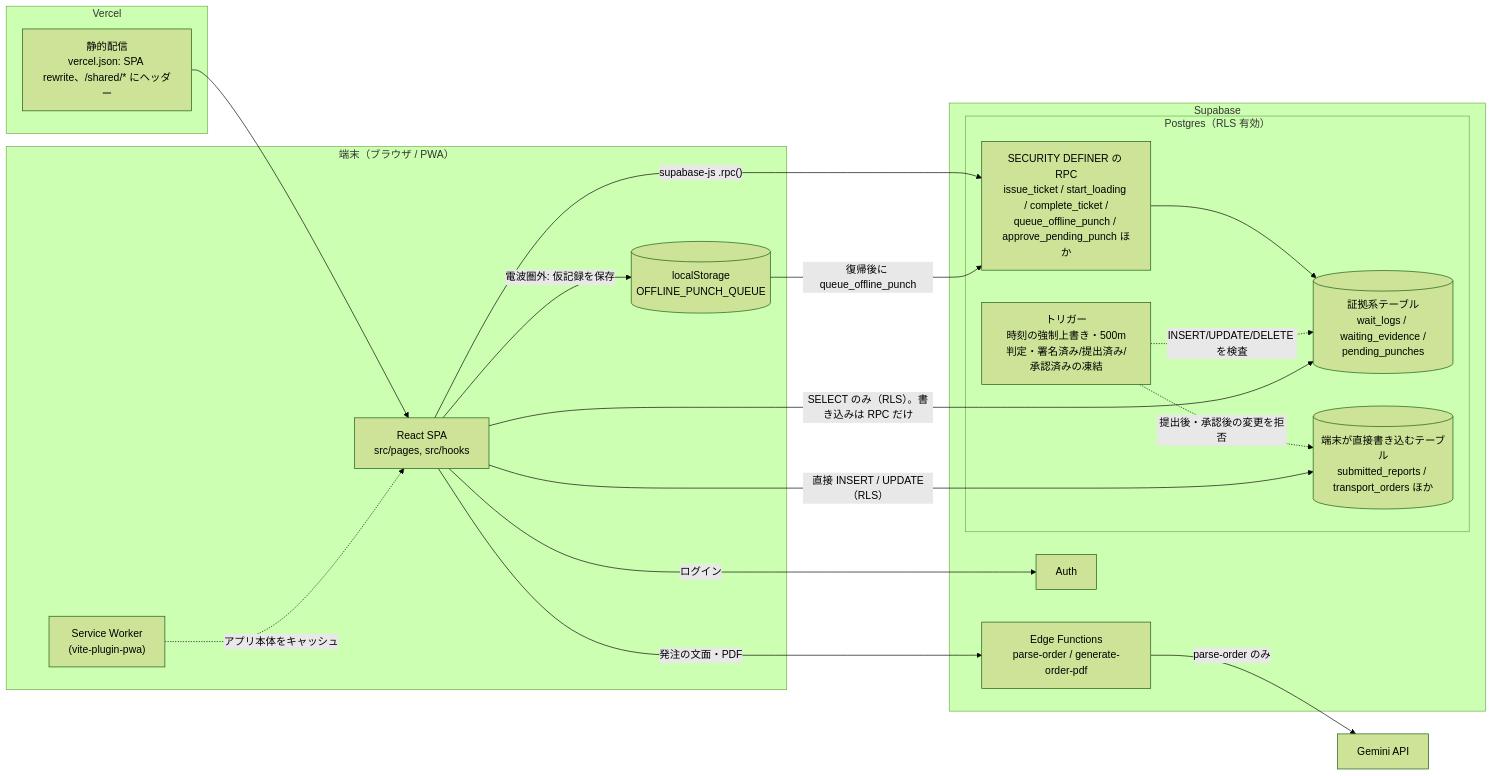
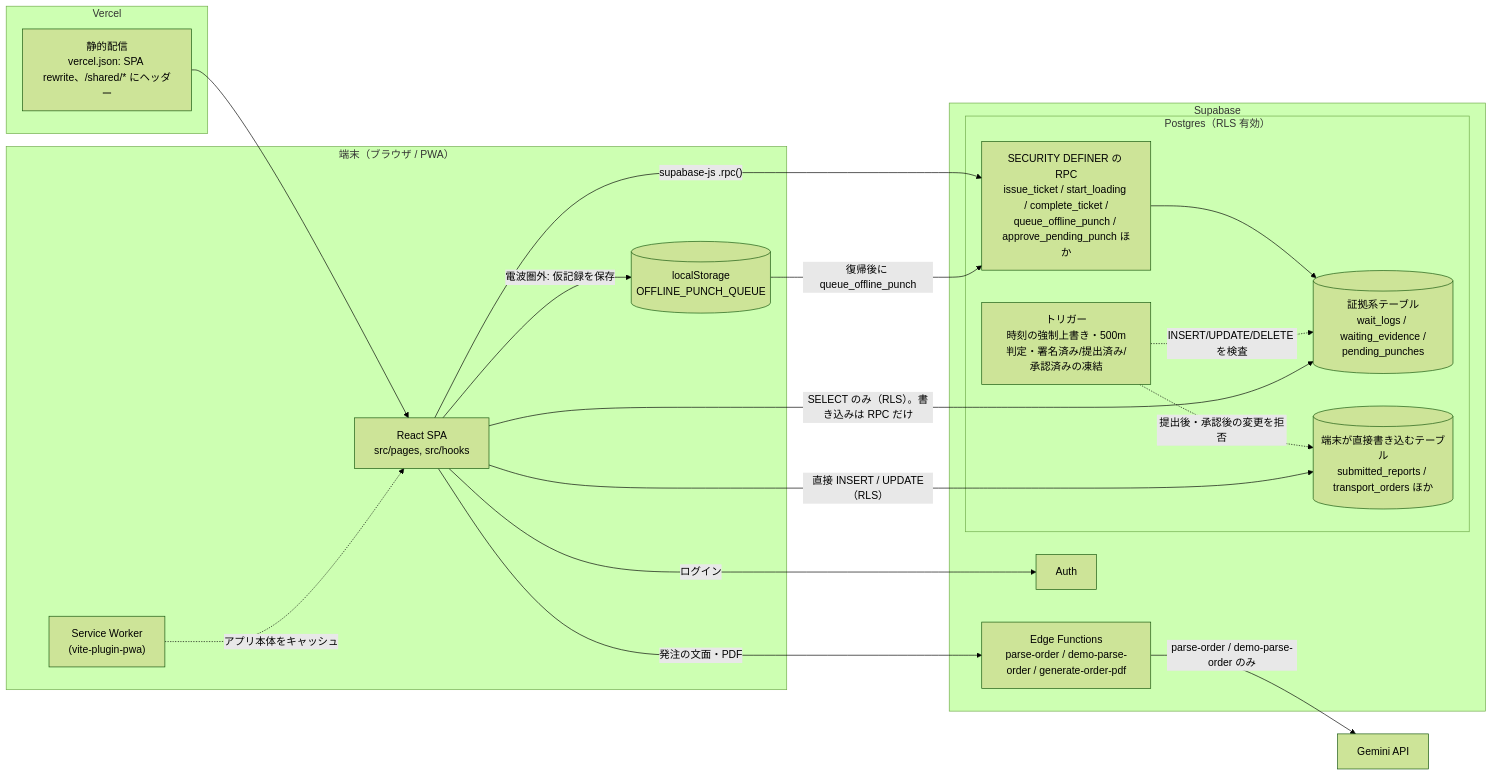
One commit to ryoumatsuda0809-cloud/logi-comp changed the first of 2 diagrams in shugoshin-logbook/README.md. Above: the diagram before and after it, drawn with Mermaid (forest theme). The commit also changed other lines of this file and 1 other file, not shown here.

Commit message:
Fix stale wording: demo free-text parsing now calls real Gemini via demo-parse-order

````diff
--- a/shugoshin-logbook/README.md
+++ b/shugoshin-logbook/README.md
@@ -36,39 +36,39 @@
 ```mermaid
 flowchart LR
   subgraph Client["端末（ブラウザ / PWA）"]
     UI["React SPA<br/>src/pages, src/hooks"]
     Q[("localStorage<br/>OFFLINE_PUNCH_QUEUE")]
     SW["Service Worker<br/>(vite-plugin-pwa)"]
   end
 
   subgraph Vercel["Vercel"]
     Static["静的配信<br/>vercel.json: SPA rewrite、/shared/* にヘッダー"]
   end
 
   subgraph Supabase["Supabase"]
     Auth["Auth"]
     subgraph PG["Postgres（RLS 有効）"]
       RPC["SECURITY DEFINER の RPC<br/>issue_ticket / start_loading / complete_ticket /<br/>queue_offline_punch / approve_pending_punch ほか"]
       TRG["トリガー<br/>時刻の強制上書き・500m判定・署名済み/提出済み/承認済みの凍結"]
       EV[("証拠系テーブル<br/>wait_logs / waiting_evidence /<br/>pending_punches")]
       DW[("端末が直接書き込むテーブル<br/>submitted_reports / transport_orders ほか")]
     end
-    EF["Edge Functions<br/>parse-order / generate-order-pdf"]
+    EF["Edge Functions<br/>parse-order / demo-parse-order / generate-order-pdf"]
   end
 
   Gemini["Gemini API"]
 
   Static --> UI
   SW -. "アプリ本体をキャッシュ" .-> UI
   UI -- "ログイン" --> Auth
   UI -- "supabase-js .rpc()" --> RPC
   RPC --> EV
   TRG -. "INSERT/UPDATE/DELETE を検査" .-> EV
   TRG -. "提出後・承認後の変更を拒否" .-> DW
   UI -- "SELECT のみ（RLS）。書き込みは RPC だけ" --> EV
   UI -- "直接 INSERT / UPDATE（RLS）" --> DW
   UI -- "電波圏外: 仮記録を保存" --> Q
   Q -- "復帰後に queue_offline_punch" --> RPC
   UI -- "発注の文面・PDF" --> EF
-  EF -- "parse-order のみ" --> Gemini
+  EF -- "parse-order / demo-parse-order のみ" --> Gemini
 ```
````
